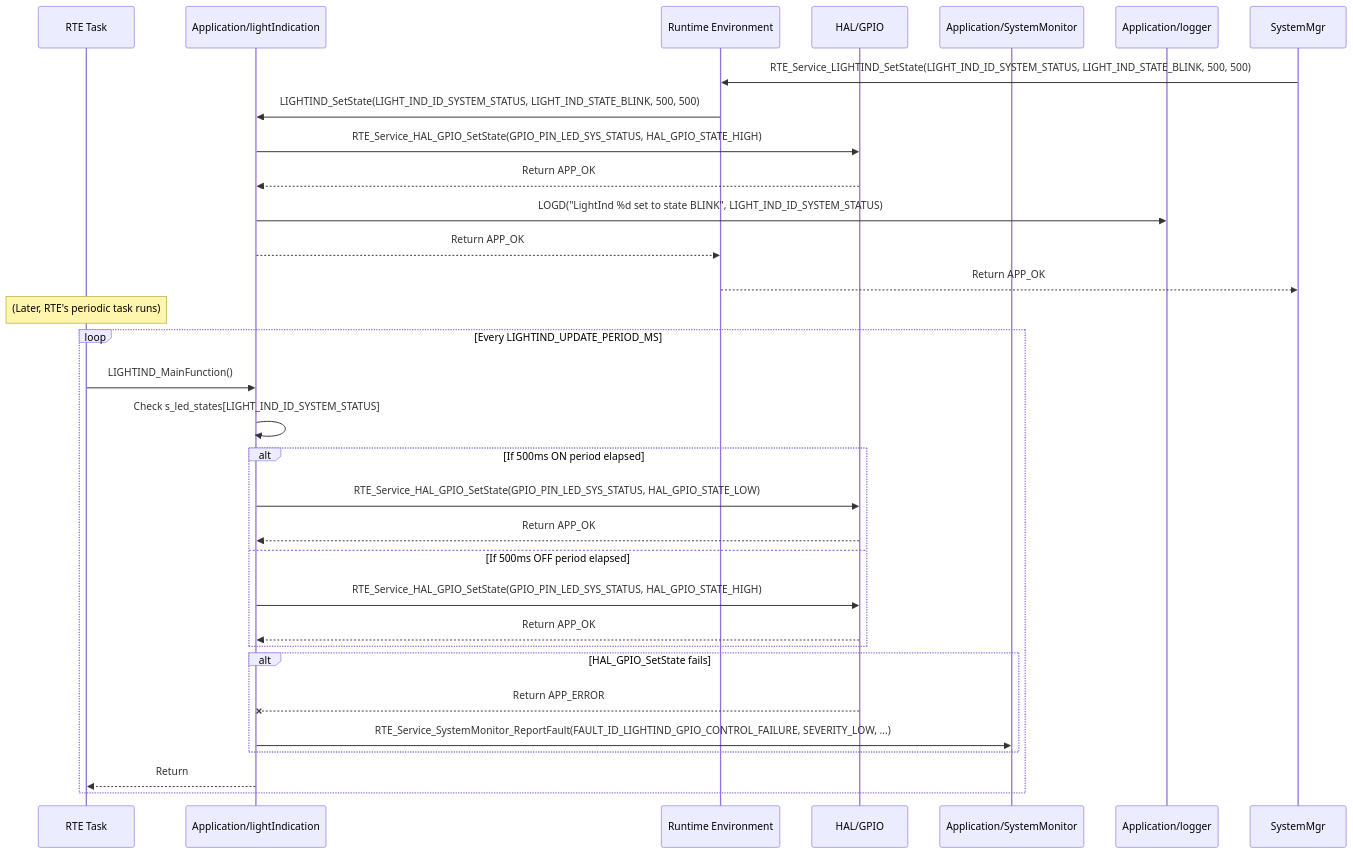
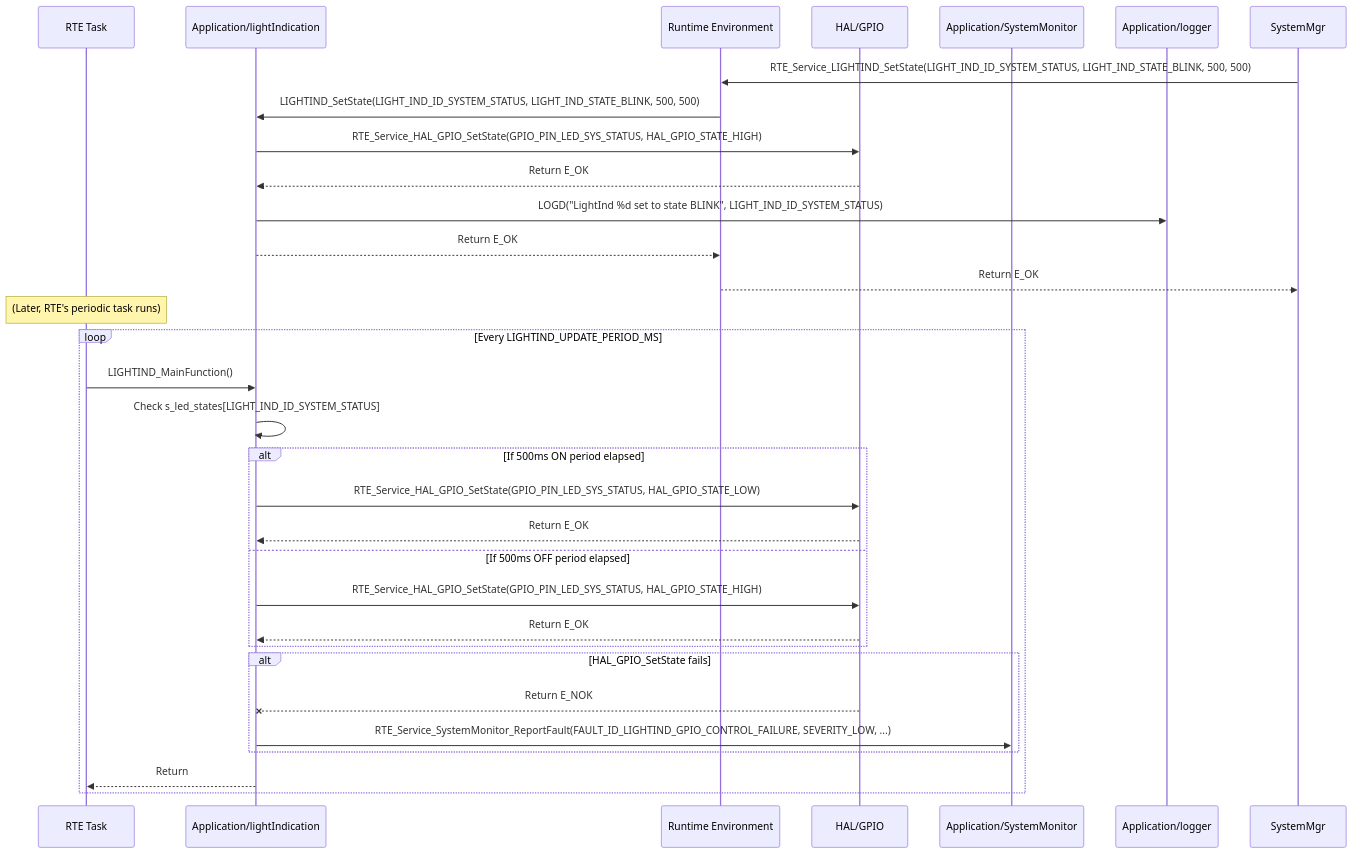
The diagram in Requiremets/Design/Application/LightIndication.md (ashaker-2/Platform), drawn with Mermaid before and after one commit. The commit also changed other lines of this file and 716 other files, not shown here.

````diff
--- a/Requiremets/Design/Application/LightIndication.md
+++ b/Requiremets/Design/Application/LightIndication.md
@@ -187,35 +187,35 @@
 ```mermaid
 sequenceDiagram  
     participant RTE_DisplayAlarmTask as RTE Task  
     participant LightInd as Application/lightIndication  
     participant RTE as Runtime Environment  
     participant HAL_GPIO as HAL/GPIO  
     participant SystemMonitor as Application/SystemMonitor  
     participant Logger as Application/logger
 
     SystemMgr->>RTE: RTE_Service_LIGHTIND_SetState(LIGHT_IND_ID_SYSTEM_STATUS, LIGHT_IND_STATE_BLINK, 500, 500)  
     RTE->>LightInd: LIGHTIND_SetState(LIGHT_IND_ID_SYSTEM_STATUS, LIGHT_IND_STATE_BLINK, 500, 500)  
     LightInd->>HAL_GPIO: RTE_Service_HAL_GPIO_SetState(GPIO_PIN_LED_SYS_STATUS, HAL_GPIO_STATE_HIGH)  
-    HAL_GPIO-->>LightInd: Return APP_OK  
+    HAL_GPIO-->>LightInd: Return E_OK  
     LightInd->>Logger: LOGD("LightInd %d set to state BLINK", LIGHT_IND_ID_SYSTEM_STATUS)  
-    LightInd-->>RTE: Return APP_OK  
-    RTE-->>SystemMgr: Return APP_OK
+    LightInd-->>RTE: Return E_OK  
+    RTE-->>SystemMgr: Return E_OK
 
     Note over RTE_DisplayAlarmTask: (Later, RTE's periodic task runs)  
     loop Every LIGHTIND_UPDATE_PERIOD_MS  
         RTE_DisplayAlarmTask->>LightInd: LIGHTIND_MainFunction()  
         LightInd->>LightInd: Check s_led_states[LIGHT_IND_ID_SYSTEM_STATUS]  
         alt If 500ms ON period elapsed  
             LightInd->>HAL_GPIO: RTE_Service_HAL_GPIO_SetState(GPIO_PIN_LED_SYS_STATUS, HAL_GPIO_STATE_LOW)  
-            HAL_GPIO-->>LightInd: Return APP_OK  
+            HAL_GPIO-->>LightInd: Return E_OK  
         else If 500ms OFF period elapsed  
             LightInd->>HAL_GPIO: RTE_Service_HAL_GPIO_SetState(GPIO_PIN_LED_SYS_STATUS, HAL_GPIO_STATE_HIGH)  
-            HAL_GPIO-->>LightInd: Return APP_OK  
+            HAL_GPIO-->>LightInd: Return E_OK  
         end  
         alt HAL_GPIO_SetState fails  
-            HAL_GPIO--xLightInd: Return APP_ERROR  
+            HAL_GPIO--xLightInd: Return E_NOK  
             LightInd->>SystemMonitor: RTE_Service_SystemMonitor_ReportFault(FAULT_ID_LIGHTIND_GPIO_CONTROL_FAILURE, SEVERITY_LOW, ...)  
         end  
         LightInd-->>RTE_DisplayAlarmTask: Return  
     end
 ```
````
